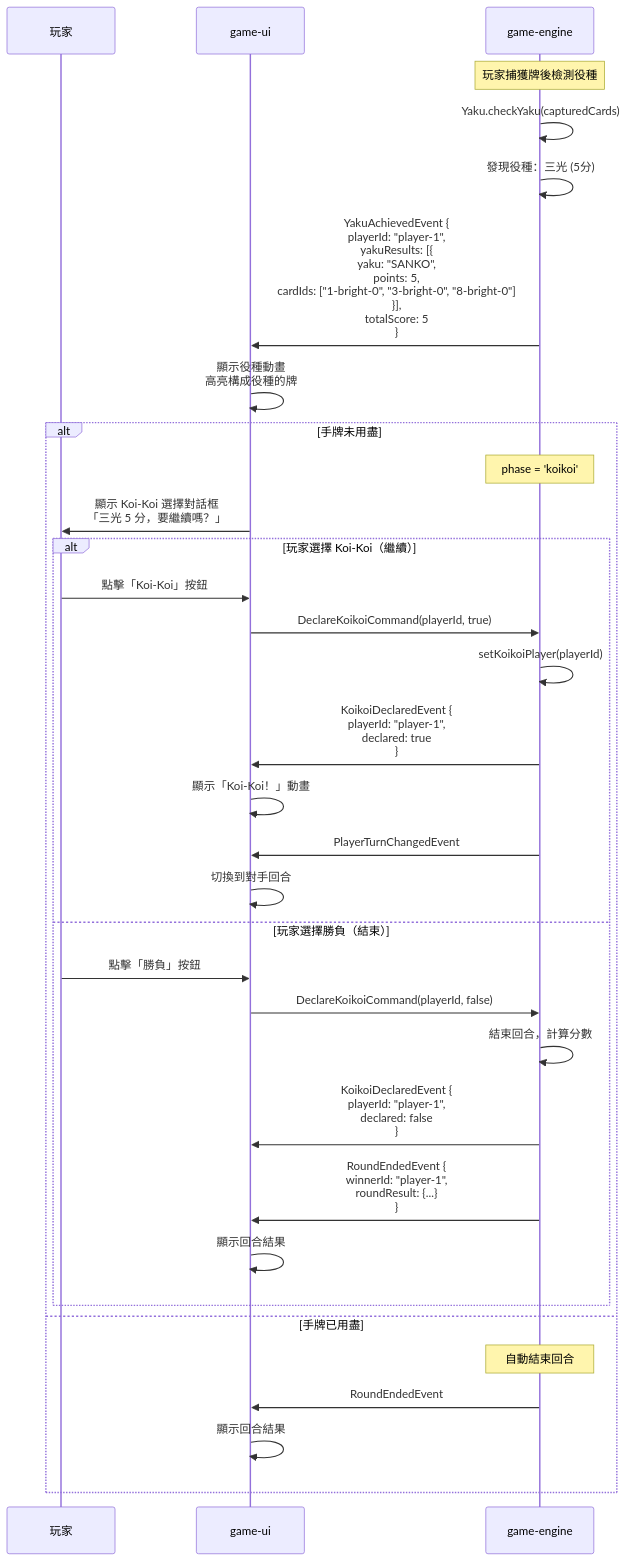
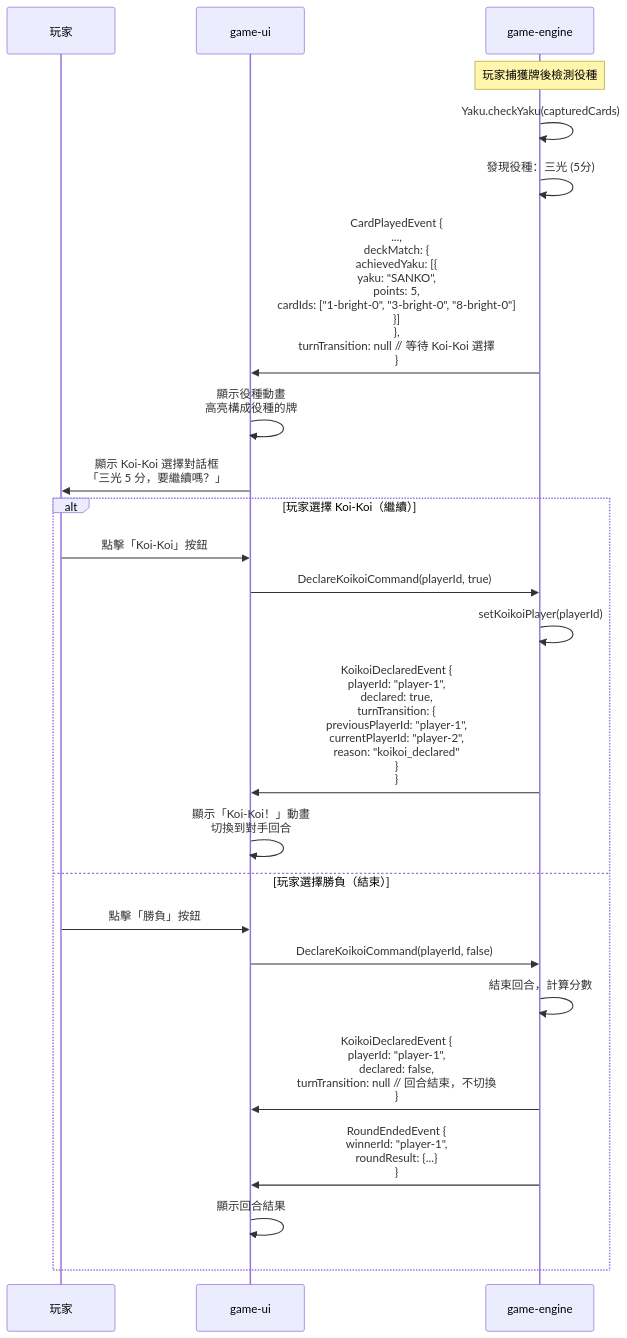
One commit to ychleo102615/hanahuda changed the fifth of 9 diagrams in specs/001-game-ui-game/contracts/event-sequence-diagram.md. Above: the diagram before and after it, drawn with Mermaid. The commit also changed other lines of this file and 4 other files, not shown here.

````diff
--- a/specs/001-game-ui-game/contracts/event-sequence-diagram.md
+++ b/specs/001-game-ui-game/contracts/event-sequence-diagram.md
@@ -147,38 +167,30 @@
 ```mermaid
 sequenceDiagram
     participant Player as 玩家
     participant UI as game-ui
     participant Engine as game-engine
 
     Note over Engine: 玩家捕獲牌後檢測役種
     Engine->>Engine: Yaku.checkYaku(capturedCards)
     Engine->>Engine: 發現役種：三光 (5分)
-    Engine->>UI: YakuAchievedEvent {<br/>  playerId: "player-1",<br/>  yakuResults: [{<br/>    yaku: "SANKO",<br/>    points: 5,<br/>    cardIds: ["1-bright-0", "3-bright-0", "8-bright-0"]<br/>  }],<br/>  totalScore: 5<br/>}
+
+    Engine->>UI: CardPlayedEvent {<br/>  ...,<br/>  deckMatch: {<br/>    achievedYaku: [{<br/>      yaku: "SANKO",<br/>      points: 5,<br/>      cardIds: ["1-bright-0", "3-bright-0", "8-bright-0"]<br/>    }]<br/>  },<br/>  turnTransition: null  // 等待 Koi-Koi 選擇<br/>}
+
     UI->>UI: 顯示役種動畫<br/>高亮構成役種的牌
+    UI->>Player: 顯示 Koi-Koi 選擇對話框<br/>「三光 5 分，要繼續嗎？」
 
-    alt 手牌未用盡
-        Note over Engine: phase = 'koikoi'
-        UI->>Player: 顯示 Koi-Koi 選擇對話框<br/>「三光 5 分，要繼續嗎？」
-
-        alt 玩家選擇 Koi-Koi（繼續）
-            Player->>UI: 點擊「Koi-Koi」按鈕
-            UI->>Engine: DeclareKoikoiCommand(playerId, true)
-            Engine->>Engine: setKoikoiPlayer(playerId)
-            Engine->>UI: KoikoiDeclaredEvent {<br/>  playerId: "player-1",<br/>  declared: true<br/>}
-            UI->>UI: 顯示「Koi-Koi！」動畫
-            Engine->>UI: PlayerTurnChangedEvent
-            UI->>UI: 切換到對手回合
-        else 玩家選擇勝負（結束）
-            Player->>UI: 點擊「勝負」按鈕
-            UI->>Engine: DeclareKoikoiCommand(playerId, false)
-            Engine->>Engine: 結束回合，計算分數
-            Engine->>UI: KoikoiDeclaredEvent {<br/>  playerId: "player-1",<br/>  declared: false<br/>}
-            Engine->>UI: RoundEndedEvent {<br/>  winnerId: "player-1",<br/>  roundResult: {...}<br/>}
-            UI->>UI: 顯示回合結果
-        end
-    else 手牌已用盡
-        Note over Engine: 自動結束回合
-        Engine->>UI: RoundEndedEvent
+    alt 玩家選擇 Koi-Koi（繼續）
+        Player->>UI: 點擊「Koi-Koi」按鈕
+        UI->>Engine: DeclareKoikoiCommand(playerId, true)
+        Engine->>Engine: setKoikoiPlayer(playerId)
+        Engine->>UI: KoikoiDeclaredEvent {<br/>  playerId: "player-1",<br/>  declared: true,<br/>  turnTransition: {<br/>    previousPlayerId: "player-1",<br/>    currentPlayerId: "player-2",<br/>    reason: "koikoi_declared"<br/>  }<br/>}
+        UI->>UI: 顯示「Koi-Koi！」動畫<br/>切換到對手回合
+    else 玩家選擇勝負（結束）
+        Player->>UI: 點擊「勝負」按鈕
+        UI->>Engine: DeclareKoikoiCommand(playerId, false)
+        Engine->>Engine: 結束回合，計算分數
+        Engine->>UI: KoikoiDeclaredEvent {<br/>  playerId: "player-1",<br/>  declared: false,<br/>  turnTransition: null  // 回合結束，不切換<br/>}
+        Engine->>UI: RoundEndedEvent {<br/>  winnerId: "player-1",<br/>  roundResult: {...}<br/>}
         UI->>UI: 顯示回合結果
     end
 ```
````
